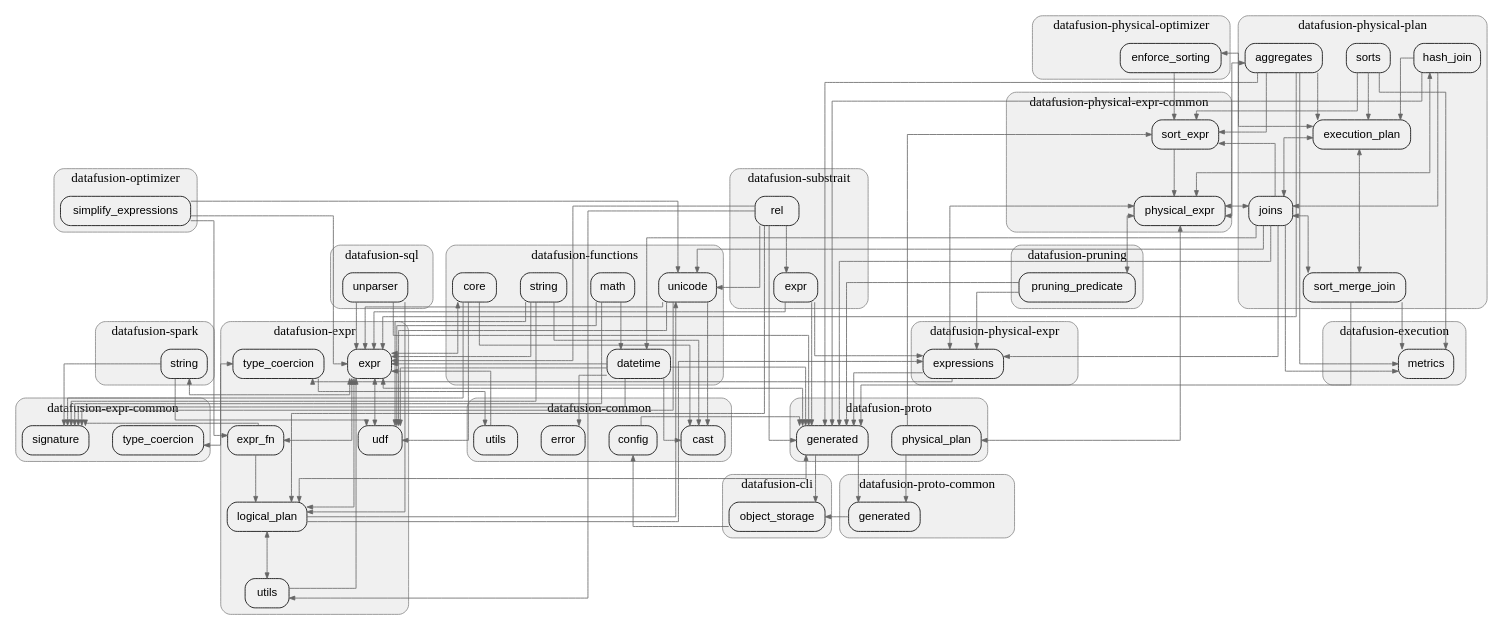
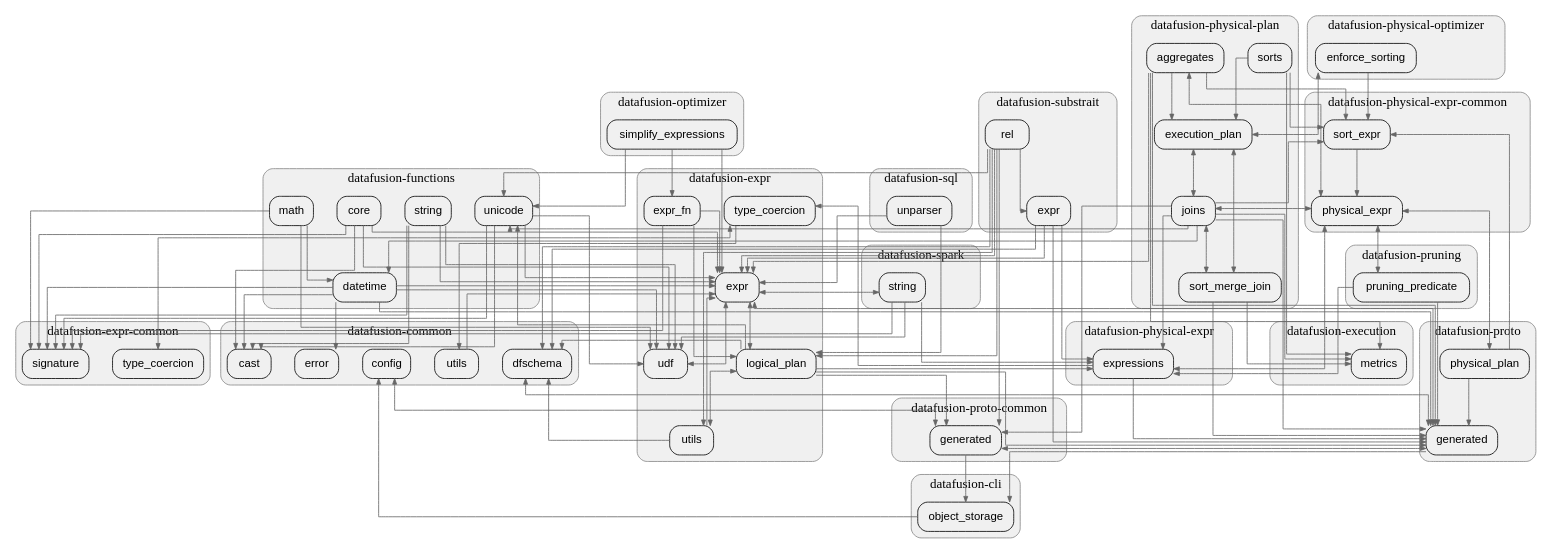
Before and after one commit to allenanswerzq/llmcc: the diagram in sample/rust/datafusion-pagerank/depth_2_module.dot, drawn with Graphviz. The commit also changed 187 other files, not shown here.

```diff
--- a/sample/rust/datafusion-pagerank/depth_2_module.dot
+++ b/sample/rust/datafusion-pagerank/depth_2_module.dot
@@ -32,6 +32,7 @@
 
     mod_datafusion_common_cast[label="cast"];
     mod_datafusion_common_config[label="config"];
+    mod_datafusion_common_dfschema[label="dfschema"];
     mod_datafusion_common_error[label="error"];
     mod_datafusion_common_utils[label="utils"];
   }
@@ -136,7 +137,6 @@
 
     mod_datafusion_physical_plan_aggregates[label="aggregates"];
     mod_datafusion_physical_plan_execution_plan[label="execution_plan"];
-    mod_datafusion_physical_plan_hash_join[label="hash_join"];
     mod_datafusion_physical_plan_joins[label="joins"];
     mod_datafusion_physical_plan_sort_merge_join[label="sort_merge_join"];
     mod_datafusion_physical_plan_sorts[label="sorts"];
@@ -206,25 +206,29 @@
 
 
   mod_datafusion_cli_object_storage -> mod_datafusion_common_config;
-  mod_datafusion_common_config -> mod_datafusion_proto_generated;
+  mod_datafusion_common_config -> mod_datafusion_proto_common_generated [dir=both]; // dir best-effort not accurate
+  mod_datafusion_common_dfschema -> mod_datafusion_proto_generated [dir=both]; // dir best-effort not accurate
   mod_datafusion_common_utils -> mod_datafusion_expr_expr;
   mod_datafusion_expr_common_type_coercion -> mod_datafusion_expr_type_coercion [dir=both]; // dir best-effort not accurate
-  mod_datafusion_expr_expr -> mod_datafusion_expr_expr_fn [dir=both]; // dir best-effort not accurate
   mod_datafusion_expr_expr -> mod_datafusion_expr_logical_plan [dir=both]; // dir best-effort not accurate
   mod_datafusion_expr_expr -> mod_datafusion_expr_udf [dir=both]; // dir best-effort not accurate
-  mod_datafusion_expr_expr -> mod_datafusion_functions_core [dir=both]; // dir best-effort not accurate
   mod_datafusion_expr_expr -> mod_datafusion_proto_generated [dir=both]; // dir best-effort not accurate
   mod_datafusion_expr_expr -> mod_datafusion_spark_string [dir=both]; // dir best-effort not accurate
   mod_datafusion_expr_expr_fn -> mod_datafusion_expr_common_signature;
+  mod_datafusion_expr_expr_fn -> mod_datafusion_expr_expr;
   mod_datafusion_expr_expr_fn -> mod_datafusion_expr_logical_plan;
+  mod_datafusion_expr_logical_plan -> mod_datafusion_common_dfschema;
   mod_datafusion_expr_logical_plan -> mod_datafusion_expr_utils [dir=both]; // dir best-effort not accurate
   mod_datafusion_expr_logical_plan -> mod_datafusion_functions_unicode;
   mod_datafusion_expr_logical_plan -> mod_datafusion_physical_expr_expressions;
-  mod_datafusion_expr_logical_plan -> mod_datafusion_proto_generated [dir=both]; // dir best-effort not accurate
+  mod_datafusion_expr_logical_plan -> mod_datafusion_proto_common_generated;
+  mod_datafusion_expr_logical_plan -> mod_datafusion_proto_generated;
   mod_datafusion_expr_type_coercion -> mod_datafusion_common_utils;
+  mod_datafusion_expr_utils -> mod_datafusion_common_dfschema;
   mod_datafusion_expr_utils -> mod_datafusion_expr_expr;
   mod_datafusion_functions_core -> mod_datafusion_common_cast;
   mod_datafusion_functions_core -> mod_datafusion_expr_common_signature;
+  mod_datafusion_functions_core -> mod_datafusion_expr_expr;
   mod_datafusion_functions_core -> mod_datafusion_expr_udf;
   mod_datafusion_functions_datetime -> mod_datafusion_common_cast;
   mod_datafusion_functions_datetime -> mod_datafusion_common_error;
@@ -248,7 +252,6 @@
   mod_datafusion_optimizer_simplify_expressions -> mod_datafusion_functions_unicode;
   mod_datafusion_physical_expr_common_physical_expr -> mod_datafusion_physical_expr_expressions [dir=both]; // dir best-effort not accurate
   mod_datafusion_physical_expr_common_physical_expr -> mod_datafusion_physical_plan_aggregates [dir=both]; // dir best-effort not accurate
-  mod_datafusion_physical_expr_common_physical_expr -> mod_datafusion_physical_plan_hash_join [dir=both]; // dir best-effort not accurate
   mod_datafusion_physical_expr_common_physical_expr -> mod_datafusion_physical_plan_joins [dir=both]; // dir best-effort not accurate
   mod_datafusion_physical_expr_common_physical_expr -> mod_datafusion_proto_physical_plan [dir=both]; // dir best-effort not accurate
   mod_datafusion_physical_expr_common_physical_expr -> mod_datafusion_pruning_pruning_predicate [dir=both]; // dir best-effort not accurate
@@ -264,15 +267,13 @@
   mod_datafusion_physical_plan_aggregates -> mod_datafusion_proto_generated;
   mod_datafusion_physical_plan_execution_plan -> mod_datafusion_physical_plan_joins [dir=both]; // dir best-effort not accurate
   mod_datafusion_physical_plan_execution_plan -> mod_datafusion_physical_plan_sort_merge_join [dir=both]; // dir best-effort not accurate
-  mod_datafusion_physical_plan_hash_join -> mod_datafusion_physical_plan_execution_plan;
-  mod_datafusion_physical_plan_hash_join -> mod_datafusion_physical_plan_joins;
-  mod_datafusion_physical_plan_hash_join -> mod_datafusion_proto_generated;
   mod_datafusion_physical_plan_joins -> mod_datafusion_execution_metrics;
   mod_datafusion_physical_plan_joins -> mod_datafusion_functions_datetime;
   mod_datafusion_physical_plan_joins -> mod_datafusion_functions_unicode;
   mod_datafusion_physical_plan_joins -> mod_datafusion_physical_expr_common_sort_expr;
   mod_datafusion_physical_plan_joins -> mod_datafusion_physical_expr_expressions;
   mod_datafusion_physical_plan_joins -> mod_datafusion_physical_plan_sort_merge_join [dir=both]; // dir best-effort not accurate
+  mod_datafusion_physical_plan_joins -> mod_datafusion_proto_common_generated;
   mod_datafusion_physical_plan_joins -> mod_datafusion_proto_generated;
   mod_datafusion_physical_plan_sort_merge_join -> mod_datafusion_execution_metrics;
   mod_datafusion_physical_plan_sort_merge_join -> mod_datafusion_proto_generated;
@@ -280,24 +281,26 @@
   mod_datafusion_physical_plan_sorts -> mod_datafusion_physical_expr_common_sort_expr;
   mod_datafusion_physical_plan_sorts -> mod_datafusion_physical_plan_execution_plan;
   mod_datafusion_proto_common_generated -> mod_datafusion_cli_object_storage;
+  mod_datafusion_proto_common_generated -> mod_datafusion_proto_generated [dir=both]; // dir best-effort not accurate
   mod_datafusion_proto_generated -> mod_datafusion_cli_object_storage;
-  mod_datafusion_proto_generated -> mod_datafusion_proto_common_generated;
   mod_datafusion_proto_physical_plan -> mod_datafusion_physical_expr_common_sort_expr;
-  mod_datafusion_proto_physical_plan -> mod_datafusion_proto_common_generated;
+  mod_datafusion_proto_physical_plan -> mod_datafusion_proto_generated;
   mod_datafusion_pruning_pruning_predicate -> mod_datafusion_physical_expr_expressions;
   mod_datafusion_pruning_pruning_predicate -> mod_datafusion_proto_generated;
   mod_datafusion_spark_string -> mod_datafusion_expr_common_signature;
   mod_datafusion_spark_string -> mod_datafusion_expr_udf;
+  mod_datafusion_spark_string -> mod_datafusion_physical_expr_expressions;
   mod_datafusion_sql_unparser -> mod_datafusion_expr_expr;
   mod_datafusion_sql_unparser -> mod_datafusion_expr_logical_plan;
-  mod_datafusion_sql_unparser -> mod_datafusion_proto_generated;
+  mod_datafusion_substrait_expr -> mod_datafusion_common_dfschema;
   mod_datafusion_substrait_expr -> mod_datafusion_expr_expr;
   mod_datafusion_substrait_expr -> mod_datafusion_physical_expr_expressions;
   mod_datafusion_substrait_expr -> mod_datafusion_proto_generated;
+  mod_datafusion_substrait_rel -> mod_datafusion_common_dfschema;
   mod_datafusion_substrait_rel -> mod_datafusion_expr_expr;
   mod_datafusion_substrait_rel -> mod_datafusion_expr_logical_plan;
   mod_datafusion_substrait_rel -> mod_datafusion_expr_utils;
   mod_datafusion_substrait_rel -> mod_datafusion_functions_unicode;
-  mod_datafusion_substrait_rel -> mod_datafusion_proto_generated;
+  mod_datafusion_substrait_rel -> mod_datafusion_proto_common_generated;
   mod_datafusion_substrait_rel -> mod_datafusion_substrait_expr;
 }
```
